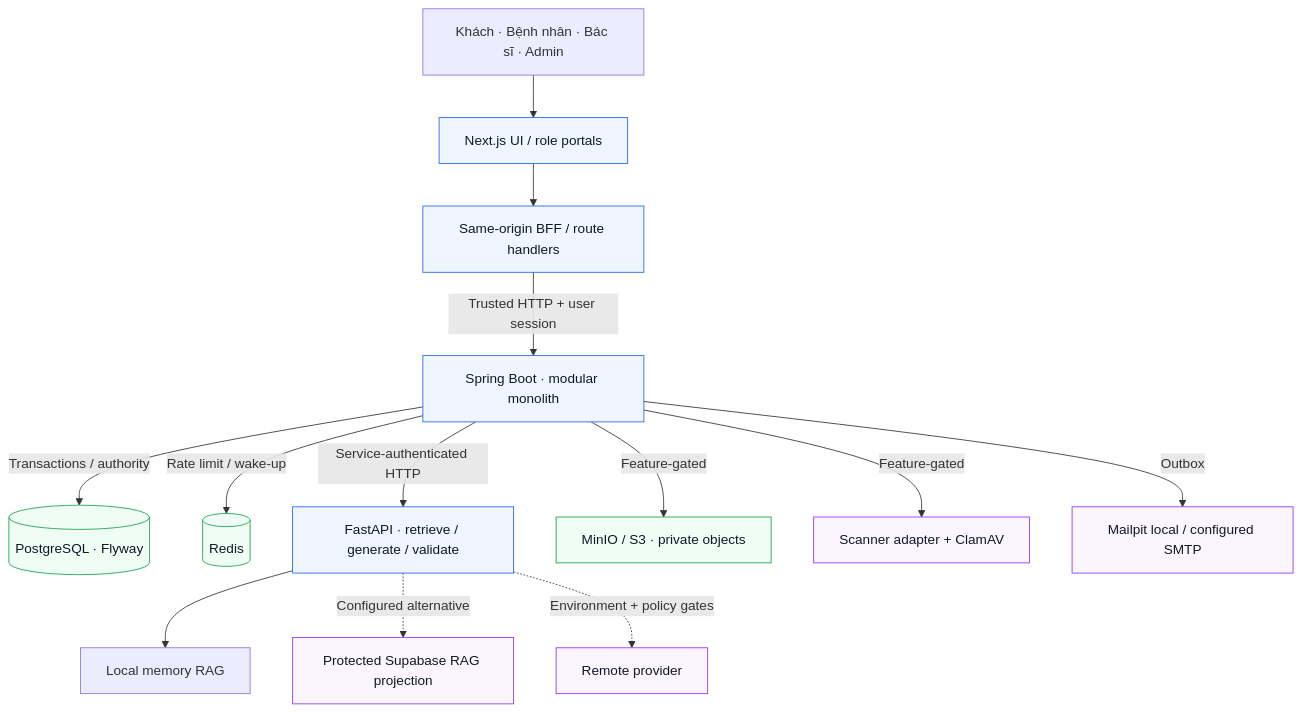
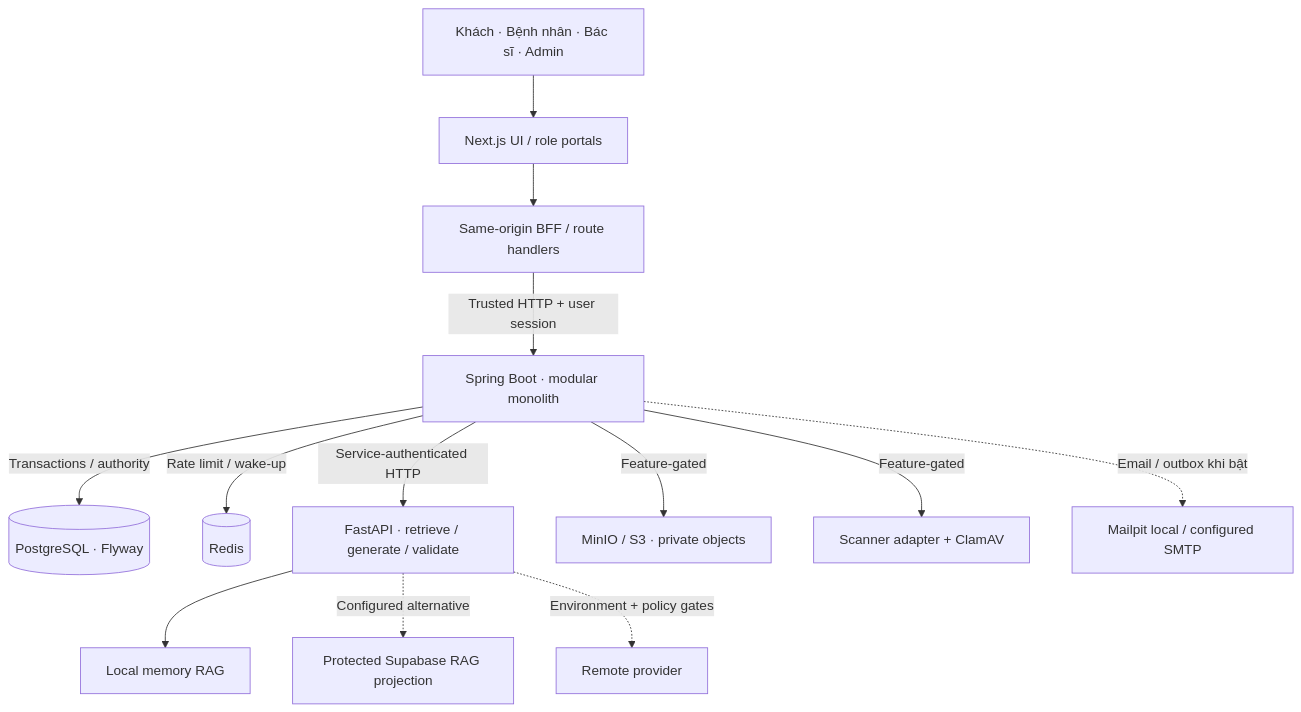
The diagram in docs/architecture/system-overview.mmd (JasonTM17/HealthCare_Project), drawn with Mermaid before and after one commit. The commit also changed 13 other files, not shown here.

Commit message:
docs(readme): use native diagrams and expanded role gallery

```diff
--- a/docs/architecture/system-overview.mmd
+++ b/docs/architecture/system-overview.mmd
@@ -1,19 +1,13 @@
 flowchart TB
     U["Khách · Bệnh nhân · Bác sĩ · Admin"] --> UI["Next.js UI / role portals"]
     UI --> BFF["Same-origin BFF / route handlers"]
     BFF -->|"Trusted HTTP + user session"| CORE["Spring Boot · modular monolith"]
     CORE -->|"Transactions / authority"| PG[("PostgreSQL · Flyway")]
     CORE -->|"Rate limit / wake-up"| REDIS[("Redis")]
     CORE -->|"Service-authenticated HTTP"| AI["FastAPI · retrieve / generate / validate"]
     CORE -->|"Feature-gated"| STORE["MinIO / S3 · private objects"]
     CORE -->|"Feature-gated"| SCAN["Scanner adapter + ClamAV"]
-    CORE -->|"Outbox"| MAIL["Mailpit local / configured SMTP"]
+    CORE -. "Email / outbox khi bật" .-> MAIL["Mailpit local / configured SMTP"]
     AI --> MEM["Local memory RAG"]
     AI -. "Configured alternative" .-> PROJ["Protected Supabase RAG projection"]
     AI -. "Environment + policy gates" .-> LLM["Remote provider"]
-    classDef core fill:#eff6ff,stroke:#2563eb,color:#111827;
-    classDef data fill:#f0fdf4,stroke:#16a34a,color:#111827;
-    classDef optional fill:#faf5ff,stroke:#9333ea,color:#111827;
-    class UI,BFF,CORE,AI core;
-    class PG,REDIS,STORE data;
-    class PROJ,LLM,SCAN,MAIL optional;
```
